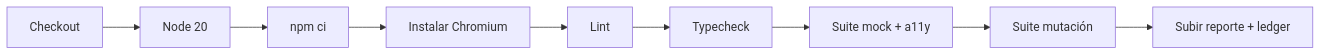
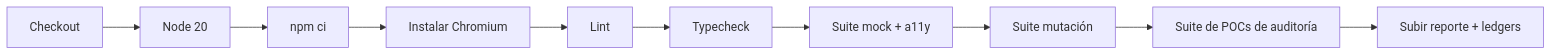
The third of 3 diagrams in README.es.md (criguex/civica-playwright-challenge), drawn with Mermaid before and after one commit. The commit also changed other lines of this file and 4 other files, not shown here.

````diff
--- a/README.es.md
+++ b/README.es.md
@@ -387,11 +423,12 @@
 ```mermaid
 flowchart LR
   A[Checkout] --> B[Node 20]
   B --> C[npm ci]
   C --> D[Instalar Chromium]
   D --> E[Lint]
   E --> F[Typecheck]
   F --> G[Suite mock + a11y]
   G --> H[Suite mutación]
-  H --> I[Subir reporte + ledger]
+  H --> I[Suite de POCs de auditoría]
+  I --> J[Subir reporte + ledgers]
 ```
````
